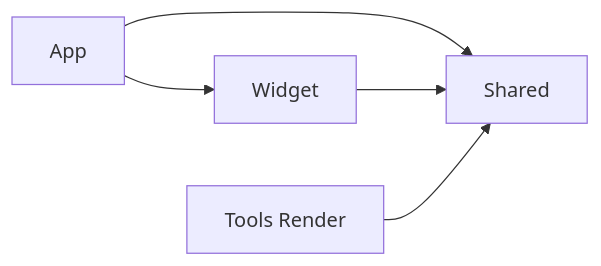
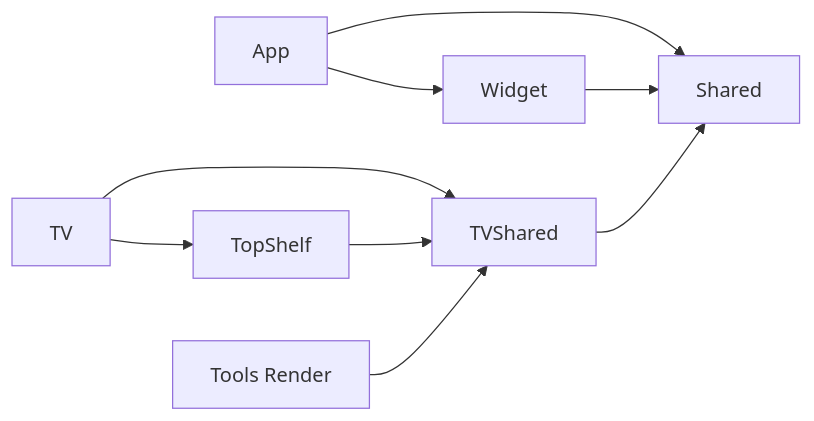
Before and after one commit to Caldis/baby-days: the diagram in docs/design.md, drawn with Mermaid. The commit also changed other lines of this file and 52 other files, not shown here.

````diff
--- a/docs/design.md
+++ b/docs/design.md
@@ -11,7 +11,11 @@
 ```mermaid
 flowchart LR
     APP[App] --> WIDGET[Widget]
     APP --> SHARED[Shared]
     WIDGET --> SHARED
-    TOOLS[Tools Render] --> SHARED
+    TV[TV] --> TOPSHELF[TopShelf]
+    TV --> TVSHARED[TVShared]
+    TOPSHELF --> TVSHARED
+    TVSHARED --> SHARED
+    TOOLS[Tools Render] --> TVSHARED
 ```
````
